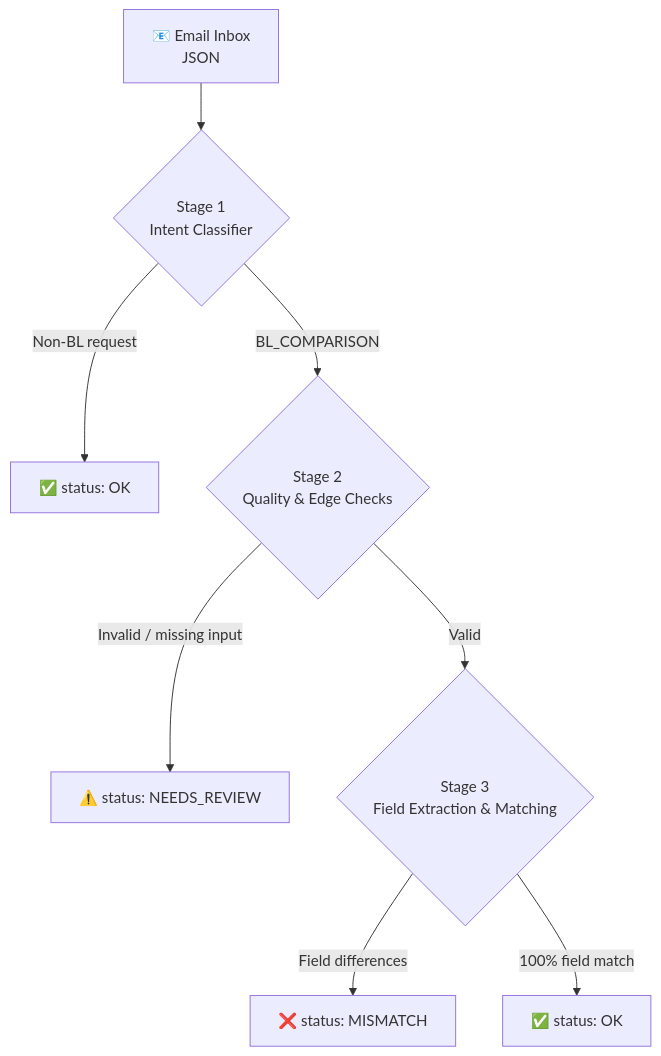
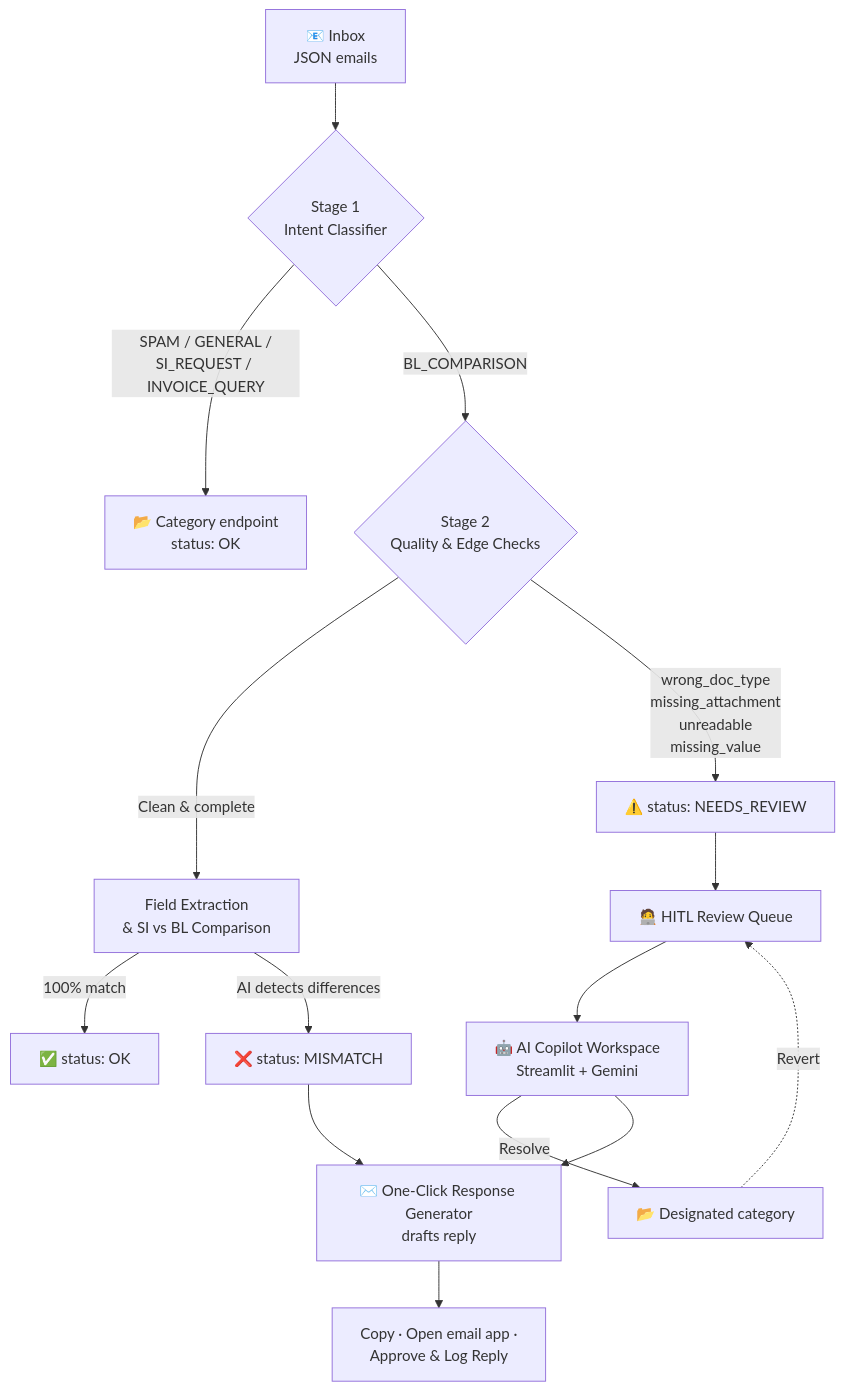
One commit to nishtwowhoo/sdoc-shipping-document-verifier changed the diagram in README.md. Above: the diagram before and after it, drawn with Mermaid. The commit also changed other lines of this file, not shown here.

````diff
--- a/README.md
+++ b/README.md
@@ -41,10 +167,17 @@
 ```mermaid
 flowchart TD
-    A[📧 Email Inbox<br/>JSON] --> B{Stage 1<br/>Intent Classifier}
-    B -->|Non-BL request| OK1[✅ status: OK]
+    A[📧 Inbox<br/>JSON emails] --> B{Stage 1<br/>Intent Classifier}
+    B -->|SPAM / GENERAL /<br/>SI_REQUEST / INVOICE_QUERY| E1[📂 Category endpoint<br/>status: OK]
     B -->|BL_COMPARISON| C{Stage 2<br/>Quality & Edge Checks}
-    C -->|Invalid / missing input| NR[⚠️ status: NEEDS_REVIEW]
-    C -->|Valid| D{Stage 3<br/>Field Extraction & Matching}
-    D -->|Field differences| MM[❌ status: MISMATCH]
-    D -->|100% field match| OK2[✅ status: OK]
+    C -->|Clean & complete| D[Field Extraction<br/>& SI vs BL Comparison]
+    D -->|100% match| OK[✅ status: OK]
+    D -->|AI detects differences| MM[❌ status: MISMATCH]
+    C -->|wrong_doc_type<br/>missing_attachment<br/>unreadable<br/>missing_value| NR[⚠️ status: NEEDS_REVIEW]
+    NR --> Q[🧑‍💻 HITL Review Queue]
+    Q --> H[🤖 AI Copilot Workspace<br/>Streamlit + Gemini]
+    H -->|Resolve| R[📂 Designated category]
+    R -.->|Revert| Q
+    MM --> G[✉️ One-Click Response Generator<br/>drafts reply]
+    H --> G
+    G --> BTN[Copy · Open email app ·<br/>Approve & Log Reply]
 ```
````
